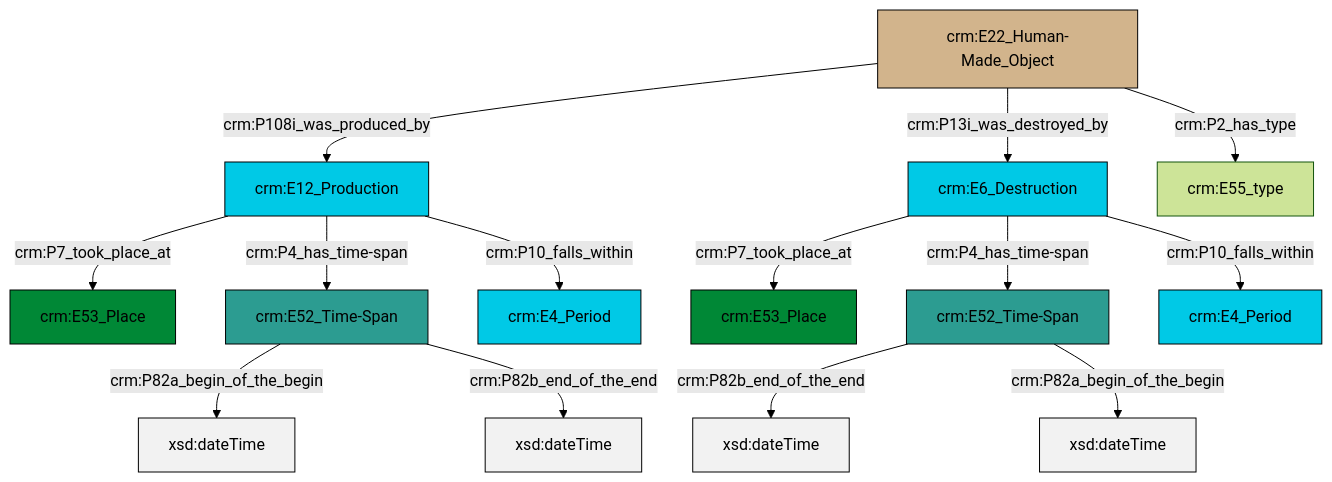
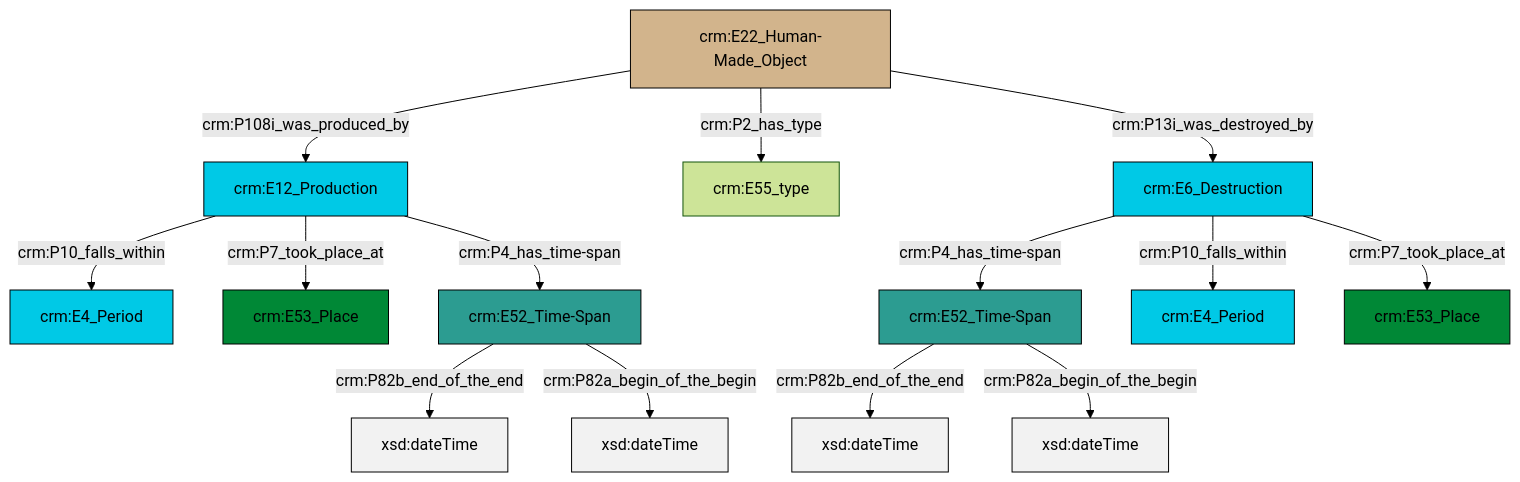
Before and after one commit to swiss-art-research-net/docs.swissartresearch: the diagram in et/builtWorkCSV/ttl/mmd/Built_Work_existence.ttl.mmd, drawn with Mermaid (forest theme). The commit also changed 177 other files, not shown here.

```diff
--- a/et/builtWorkCSV/ttl/mmd/Built_Work_existence.ttl.mmd
+++ b/et/builtWorkCSV/ttl/mmd/Built_Work_existence.ttl.mmd
@@ -1,28 +1,28 @@
 graph TD
 classDef Literal fill:#f2f2f2,stroke:#000000;
 classDef CRM_Entity fill:#FFFFFF,stroke:#000000;
 classDef Temporal_Entity fill:#00C9E6, stroke:#000000;
 classDef Type fill:#E18312, stroke:#000000;
 classDef Time-Span fill:#2C9C91, stroke:#000000;
 classDef Appellation fill:#FFEB7F, stroke:#000000;
 classDef Place fill:#008836, stroke:#000000;
 classDef Persistent_Item fill:#B266B2, stroke:#000000;
 classDef Conceptual_Object fill:#FFD700, stroke:#000000;
 classDef Physical_Thing fill:#D2B48C, stroke:#000000;
 classDef Actor fill:#f58aad, stroke:#000000;
 classDef PC_Classes fill:#4ce600, stroke:#000000;
 classDef Multi fill:#cccccc,stroke:#000000;
 
-0["crm:E52_Time-Span"]:::Time-Span -->|crm:P82b_end_of_the_end| 1[xsd:dateTime]:::Literal
-4["crm:E6_Destruction"]:::Temporal_Entity -->|crm:P7_took_place_at| 5["crm:E53_Place"]:::Place
-6["crm:E12_Production"]:::Temporal_Entity -->|crm:P7_took_place_at| 7["crm:E53_Place"]:::Place
-8["crm:E22_Human-Made_Object"]:::Physical_Thing -->|crm:P108i_was_produced_by| 6["crm:E12_Production"]:::Temporal_Entity
-9["crm:E52_Time-Span"]:::Time-Span -->|crm:P82a_begin_of_the_begin| 10[xsd:dateTime]:::Literal
-4["crm:E6_Destruction"]:::Temporal_Entity -->|crm:P4_has_time-span| 0["crm:E52_Time-Span"]:::Time-Span
-6["crm:E12_Production"]:::Temporal_Entity -->|crm:P4_has_time-span| 9["crm:E52_Time-Span"]:::Time-Span
-9["crm:E52_Time-Span"]:::Time-Span -->|crm:P82b_end_of_the_end| 16[xsd:dateTime]:::Literal
-8["crm:E22_Human-Made_Object"]:::Physical_Thing -->|crm:P13i_was_destroyed_by| 4["crm:E6_Destruction"]:::Temporal_Entity
-8["crm:E22_Human-Made_Object"]:::Physical_Thing -->|crm:P2_has_type| 14["crm:E55_type"]:::Default
-0["crm:E52_Time-Span"]:::Time-Span -->|crm:P82a_begin_of_the_begin| 19[xsd:dateTime]:::Literal
-6["crm:E12_Production"]:::Temporal_Entity -->|crm:P10_falls_within| 21["crm:E4_Period"]:::Temporal_Entity
-4["crm:E6_Destruction"]:::Temporal_Entity -->|crm:P10_falls_within| 2["crm:E4_Period"]:::Temporal_Entity
+2["crm:E22_Human-Made_Object"]:::Physical_Thing -->|crm:P108i_was_produced_by| 3["crm:E12_Production"]:::Temporal_Entity
+4["crm:E52_Time-Span"]:::Time-Span -->|crm:P82b_end_of_the_end| 5[xsd:dateTime]:::Literal
+8["crm:E6_Destruction"]:::Temporal_Entity -->|crm:P4_has_time-span| 4["crm:E52_Time-Span"]:::Time-Span
+8["crm:E6_Destruction"]:::Temporal_Entity -->|crm:P10_falls_within| 9["crm:E4_Period"]:::Temporal_Entity
+4["crm:E52_Time-Span"]:::Time-Span -->|crm:P82a_begin_of_the_begin| 10[xsd:dateTime]:::Literal
+3["crm:E12_Production"]:::Temporal_Entity -->|crm:P10_falls_within| 0["crm:E4_Period"]:::Temporal_Entity
+2["crm:E22_Human-Made_Object"]:::Physical_Thing -->|crm:P2_has_type| 12["crm:E55_type"]:::Default
+2["crm:E22_Human-Made_Object"]:::Physical_Thing -->|crm:P13i_was_destroyed_by| 8["crm:E6_Destruction"]:::Temporal_Entity
+8["crm:E6_Destruction"]:::Temporal_Entity -->|crm:P7_took_place_at| 6["crm:E53_Place"]:::Place
+14["crm:E52_Time-Span"]:::Time-Span -->|crm:P82b_end_of_the_end| 18[xsd:dateTime]:::Literal
+3["crm:E12_Production"]:::Temporal_Entity -->|crm:P7_took_place_at| 19["crm:E53_Place"]:::Place
+14["crm:E52_Time-Span"]:::Time-Span -->|crm:P82a_begin_of_the_begin| 21[xsd:dateTime]:::Literal
+3["crm:E12_Production"]:::Temporal_Entity -->|crm:P4_has_time-span| 14["crm:E52_Time-Span"]:::Time-Span
```
